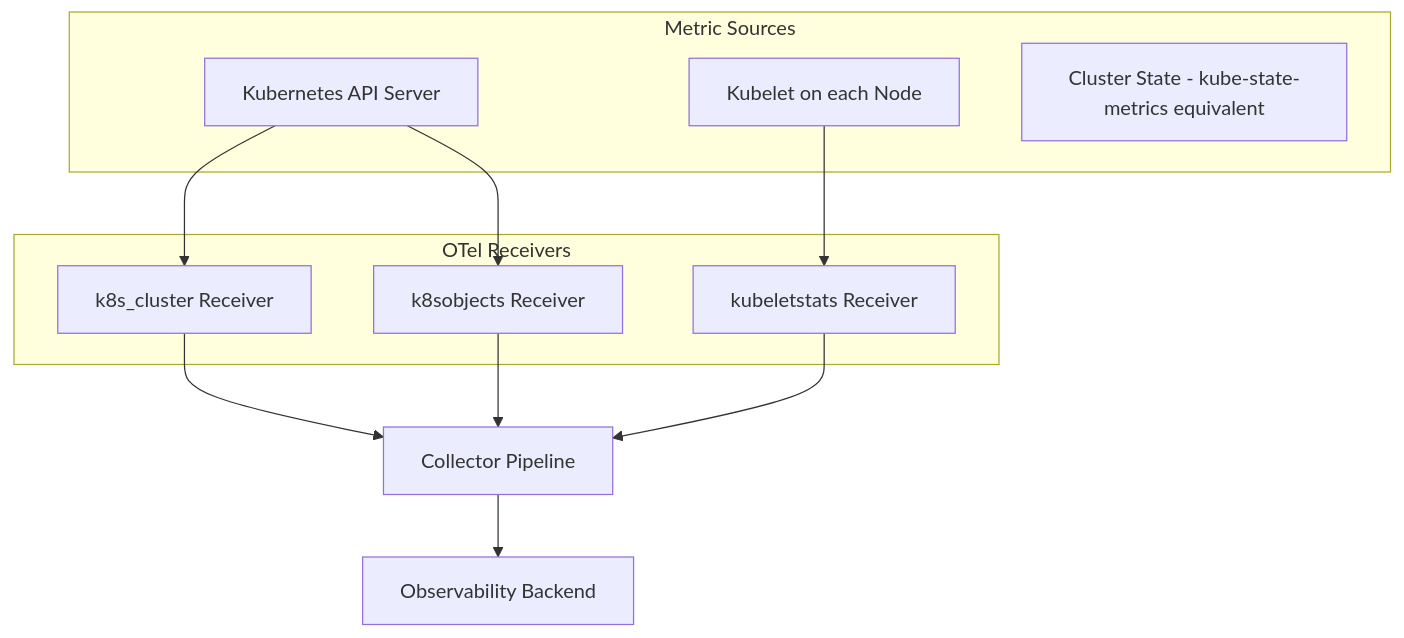
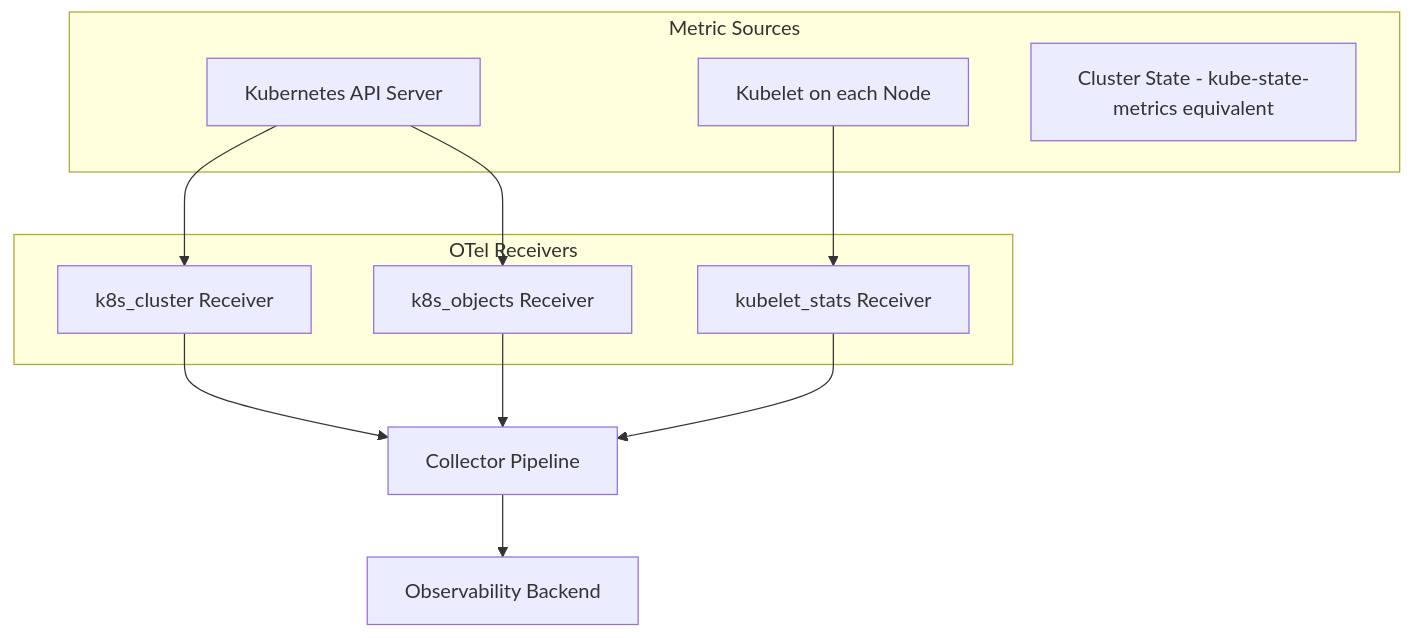
The first of 2 diagrams in posts/2026-02-06-collect-kubernetes-cluster-metrics-opentelemetry/README.md (OneUptime/blog), drawn with Mermaid before and after one commit. The commit also changed other lines of this file and 2 other files, not shown here.

````diff
--- a/posts/2026-02-06-collect-kubernetes-cluster-metrics-opentelemetry/README.md
+++ b/posts/2026-02-06-collect-kubernetes-cluster-metrics-opentelemetry/README.md
@@ -21,24 +21,24 @@
 ```mermaid
 graph TB
     subgraph "Metric Sources"
         KA[Kubernetes API Server]
         KL[Kubelet on each Node]
         CS[Cluster State - kube-state-metrics equivalent]
     end
 
     subgraph "OTel Receivers"
         KCR[k8s_cluster Receiver]
-        KSR[kubeletstats Receiver]
-        KOR[k8sobjects Receiver]
+        KSR[kubelet_stats Receiver]
+        KOR[k8s_objects Receiver]
     end
 
     KA --> KCR
     KL --> KSR
     KA --> KOR
 
     KCR --> Pipeline[Collector Pipeline]
     KSR --> Pipeline
     KOR --> Pipeline
 
     Pipeline --> Backend[Observability Backend]
 ```
````
